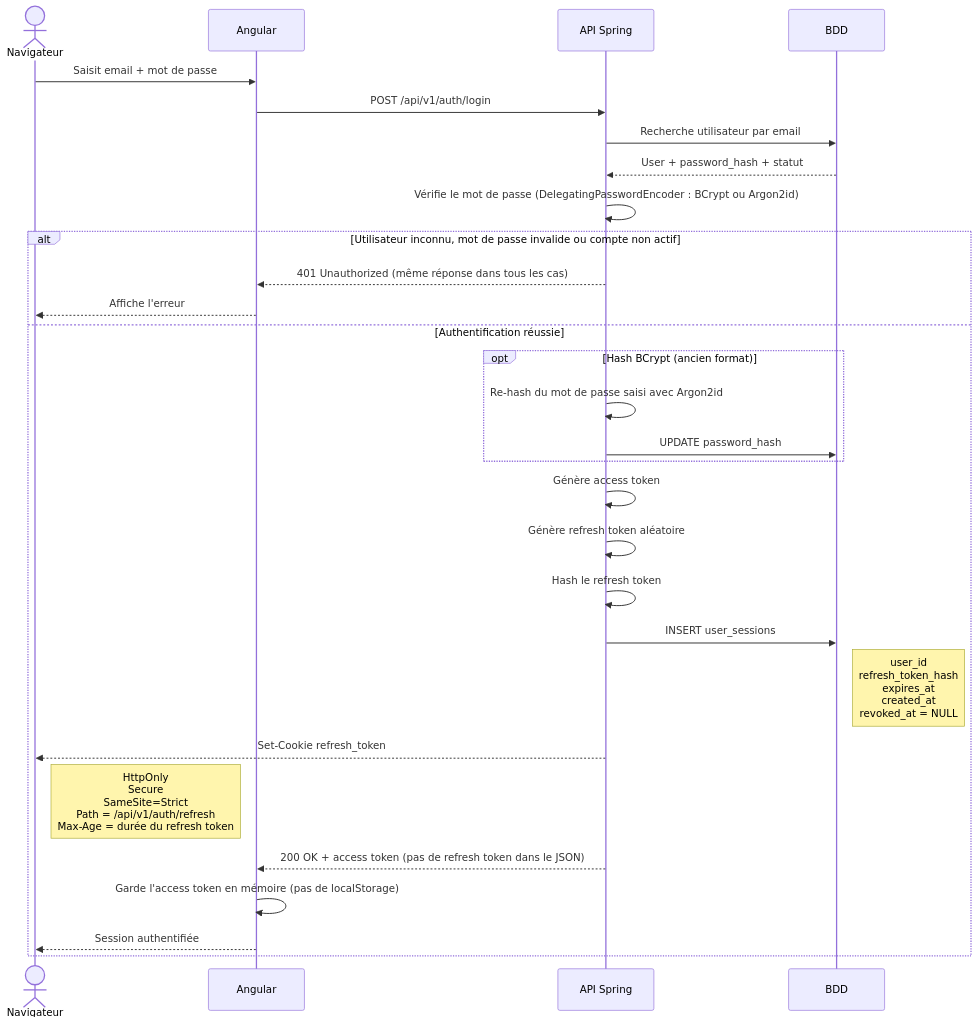
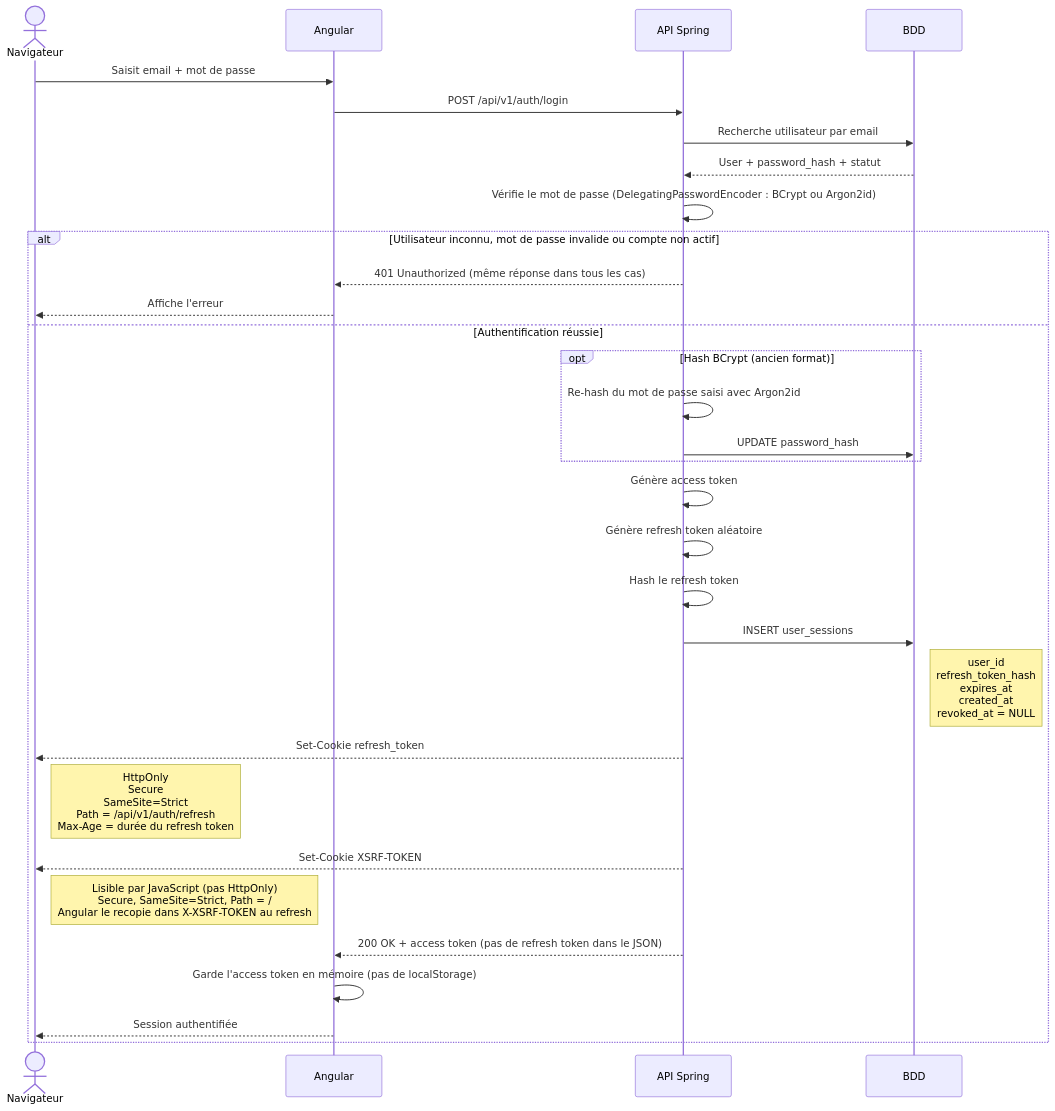
One commit to Franck1vlt/Parkyn changed the diagram in docs/diagrams/login.md. Above: the diagram before and after it, drawn with Mermaid. The commit also changed other lines of this file and 21 other files, not shown here.

Commit message:
Protection CSRF du refresh token

````diff
--- a/docs/diagrams/login.md
+++ b/docs/diagrams/login.md
@@ -3,37 +3,39 @@
 ```mermaid
 sequenceDiagram
 actor Navigateur
 participant Angular
 participant API as API Spring
 participant BDD
 
     Navigateur->>Angular: Saisit email + mot de passe
     Angular->>API: POST /api/v1/auth/login
     API->>BDD: Recherche utilisateur par email
     BDD-->>API: User + password_hash + statut
 
     API->>API: Vérifie le mot de passe (DelegatingPasswordEncoder : BCrypt ou Argon2id)
 
     alt Utilisateur inconnu, mot de passe invalide ou compte non actif
         API-->>Angular: 401 Unauthorized (même réponse dans tous les cas)
         Angular-->>Navigateur: Affiche l'erreur
     else Authentification réussie
         opt Hash BCrypt (ancien format)
             API->>API: Re-hash du mot de passe saisi avec Argon2id
             API->>BDD: UPDATE password_hash
         end
 
         API->>API: Génère access token
         API->>API: Génère refresh token aléatoire
         API->>API: Hash le refresh token
         API->>BDD: INSERT user_sessions
         Note right of BDD: user_id<br/>refresh_token_hash<br/>expires_at<br/>created_at<br/>revoked_at = NULL
 
         API-->>Navigateur: Set-Cookie refresh_token
         Note right of Navigateur: HttpOnly<br/>Secure<br/>SameSite=Strict<br/>Path = /api/v1/auth/refresh<br/>Max-Age = durée du refresh token
+        API-->>Navigateur: Set-Cookie XSRF-TOKEN
+        Note right of Navigateur: Lisible par JavaScript (pas HttpOnly)<br/>Secure, SameSite=Strict, Path = /<br/>Angular le recopie dans X-XSRF-TOKEN au refresh
 
         API-->>Angular: 200 OK + access token (pas de refresh token dans le JSON)
         Angular->>Angular: Garde l'access token en mémoire (pas de localStorage)
         Angular-->>Navigateur: Session authentifiée
     end
 ```
````
